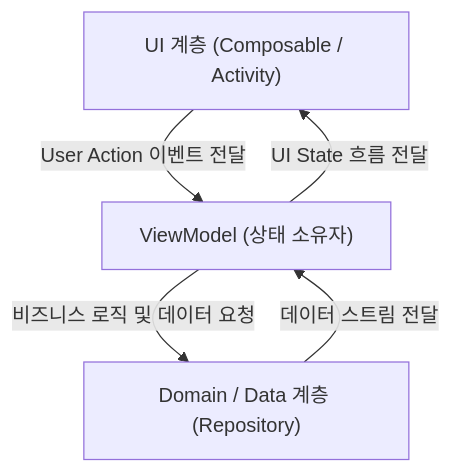
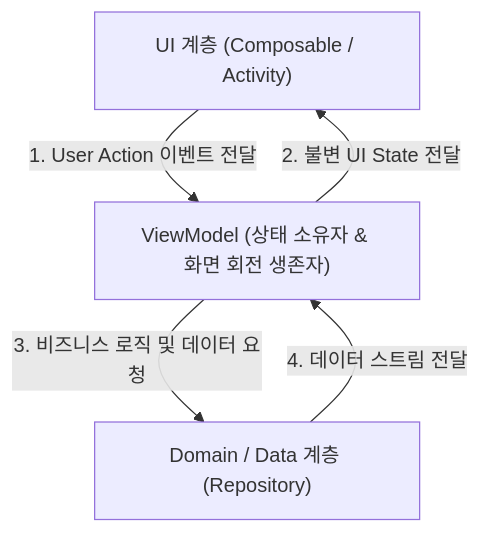
Before and after one commit to youngmin-gwon/what-i-studied: the first of 2 diagrams in 01_inbox/mobile/android/02_app_framework/viewmodel.md, drawn with Mermaid. The commit also changed other lines of this file and 225 other files, not shown here.

````diff
--- a/01_inbox/mobile/android/02_app_framework/viewmodel.md
+++ b/01_inbox/mobile/android/02_app_framework/viewmodel.md
@@ -19,7 +23,7 @@
 ```mermaid
 graph TD
-    UI["UI 계층 (Composable / Activity)"] -->|User Action 이벤트 전달| VM["ViewModel (상태 소유자)"]
-    VM -->|UI State 흐름 전달| UI
-    VM -->|비즈니스 로직 및 데이터 요청| Data["Domain / Data 계층 (Repository)"]
-    Data -->|데이터 스트림 전달| VM
+    UI["UI 계층 (Composable / Activity)"] -->|1. User Action 이벤트 전달| VM["ViewModel (상태 소유자 & 화면 회전 생존자)"]
+    VM -->|2. 불변 UI State 전달| UI
+    VM -->|3. 비즈니스 로직 및 데이터 요청| Data["Domain / Data 계층 (Repository)"]
+    Data -->|4. 데이터 스트림 전달| VM
 ```
````
